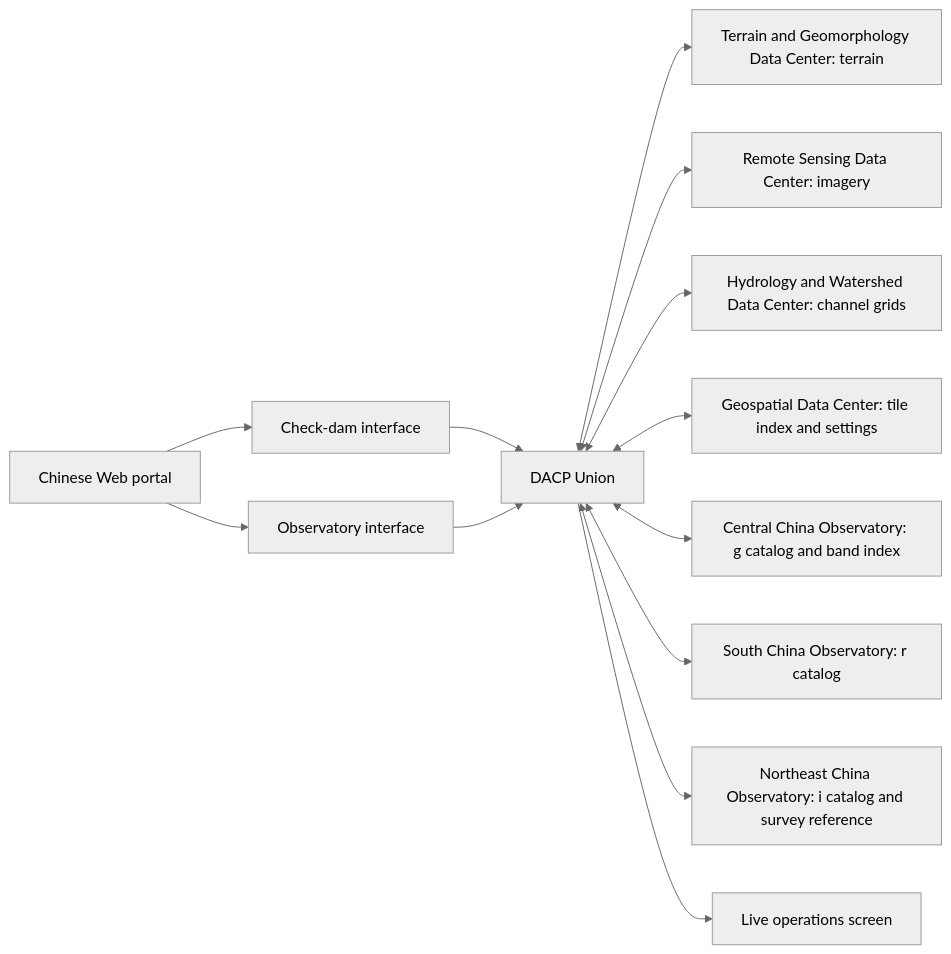
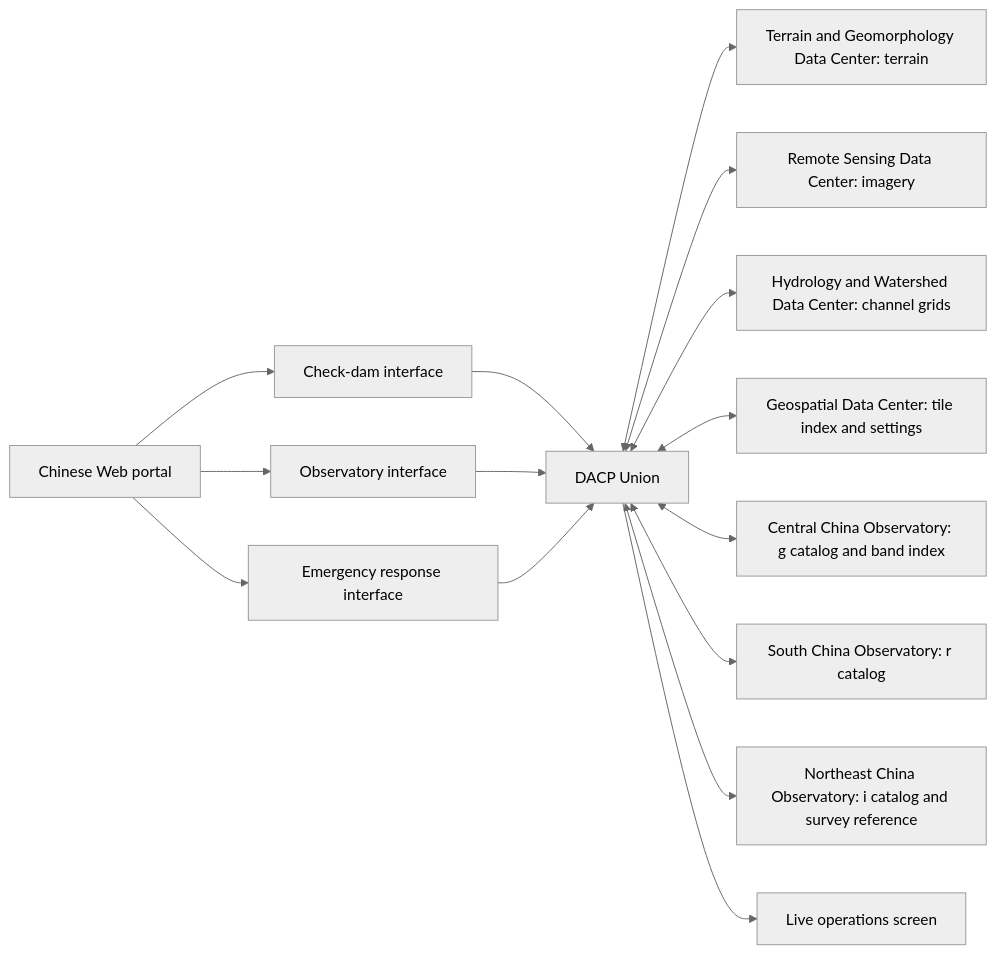
The diagram in README.md (rdcn-link/conet), drawn with Mermaid (neutral theme) before and after one commit. The commit also changed other lines of this file and 186 other files, not shown here.

````diff
--- a/README.md
+++ b/README.md
@@ -13,15 +14,17 @@
 ```mermaid
 flowchart LR
     Visitor[Chinese Web portal] --> Dam[Check-dam interface]
     Visitor --> Astro[Observatory interface]
     Dam --> U[DACP Union]
     Astro --> U
+    Visitor --> Emergency[Emergency response interface]
+    Emergency --> U
     U <--> A[Terrain and Geomorphology Data Center: terrain]
     U <--> B[Remote Sensing Data Center: imagery]
     U <--> C[Hydrology and Watershed Data Center: channel grids]
     U <--> D[Geospatial Data Center: tile index and settings]
     U <--> E[Central China Observatory: g catalog and band index]
     U <--> F[South China Observatory: r catalog]
     U <--> G[Northeast China Observatory: i catalog and survey reference]
     U --> Screen[Live operations screen]
 ```
````
